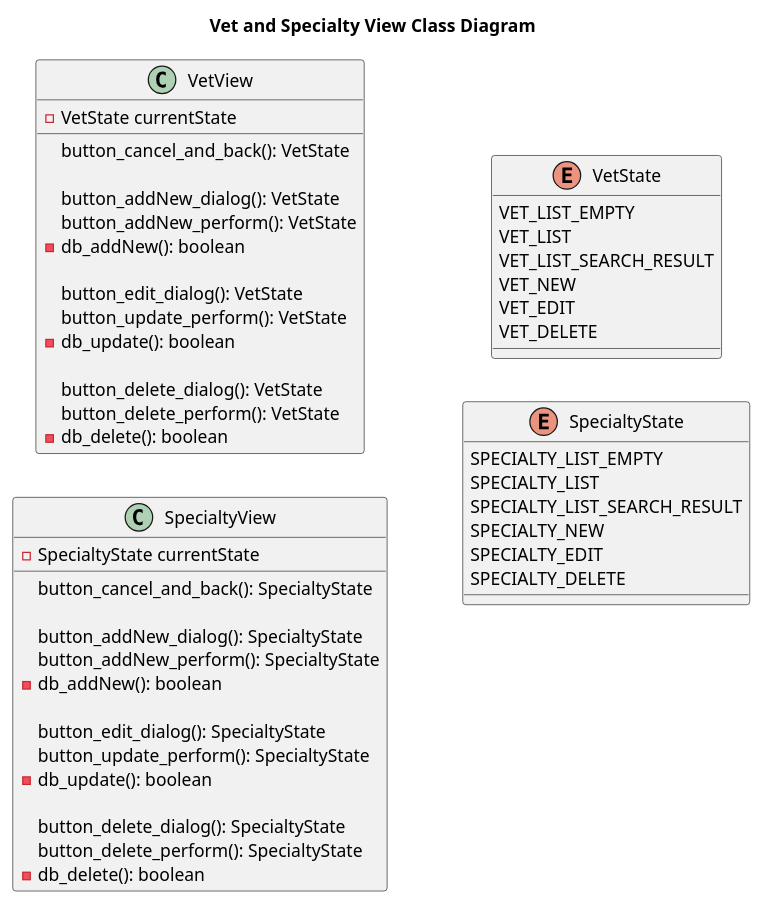
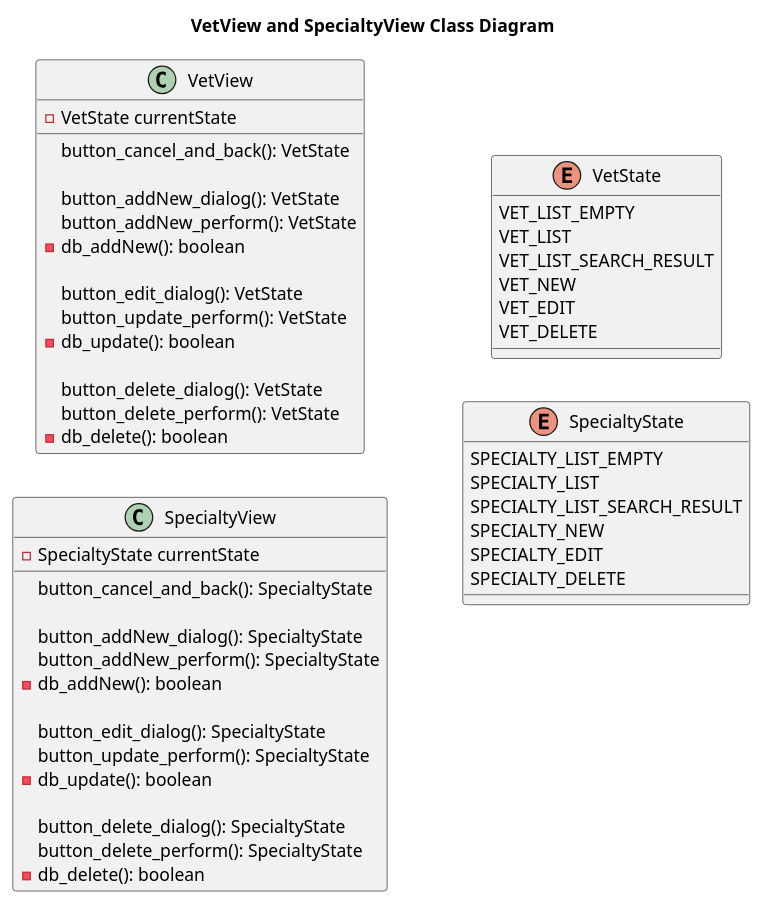
One commit to Jakarta-EE-Petclinic/petclinic-uml changed the diagram in puml/vet/implementation/View__Class.puml. Above: the diagram before and after it, drawn with PlantUML. The commit also changed 13 other files, not shown here.

```diff
--- a/puml/vet/implementation/View__Class.puml
+++ b/puml/vet/implementation/View__Class.puml
@@ -1,66 +1,66 @@
 @startuml
 'https://plantuml.com/class-diagram
 
-title Vet and Specialty View Class Diagram
+title VetView and SpecialtyView Class Diagram
 
 left to right direction
 'top to bottom direction
 
 
 class VetView {
 
     - VetState currentState
 
     button_cancel_and_back(): VetState
 
     button_addNew_dialog(): VetState
     button_addNew_perform(): VetState
     - db_addNew(): boolean
 
     button_edit_dialog(): VetState
     button_update_perform(): VetState
     - db_update(): boolean
 
     button_delete_dialog(): VetState
     button_delete_perform(): VetState
     - db_delete(): boolean
 }
 
 class SpecialtyView {
 
     - SpecialtyState currentState
 
     button_cancel_and_back(): SpecialtyState
 
     button_addNew_dialog(): SpecialtyState
     button_addNew_perform(): SpecialtyState
     - db_addNew(): boolean
 
     button_edit_dialog(): SpecialtyState
     button_update_perform(): SpecialtyState
     - db_update(): boolean
 
     button_delete_dialog(): SpecialtyState
     button_delete_perform(): SpecialtyState
     - db_delete(): boolean
 }
 
 enum VetState {
     VET_LIST_EMPTY
     VET_LIST
     VET_LIST_SEARCH_RESULT
     VET_NEW
     VET_EDIT
     VET_DELETE
 }
 
 enum SpecialtyState {
     SPECIALTY_LIST_EMPTY
     SPECIALTY_LIST
     SPECIALTY_LIST_SEARCH_RESULT
     SPECIALTY_NEW
     SPECIALTY_EDIT
     SPECIALTY_DELETE
 }
 
 @enduml
```
